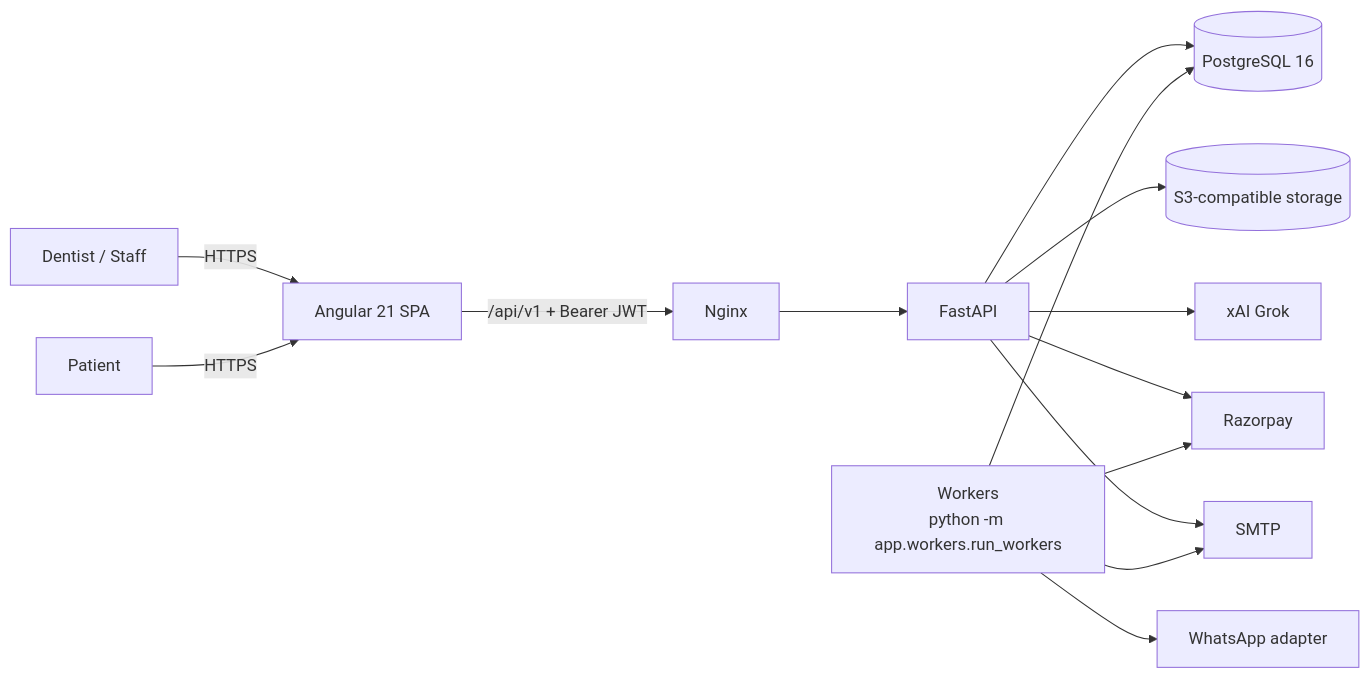
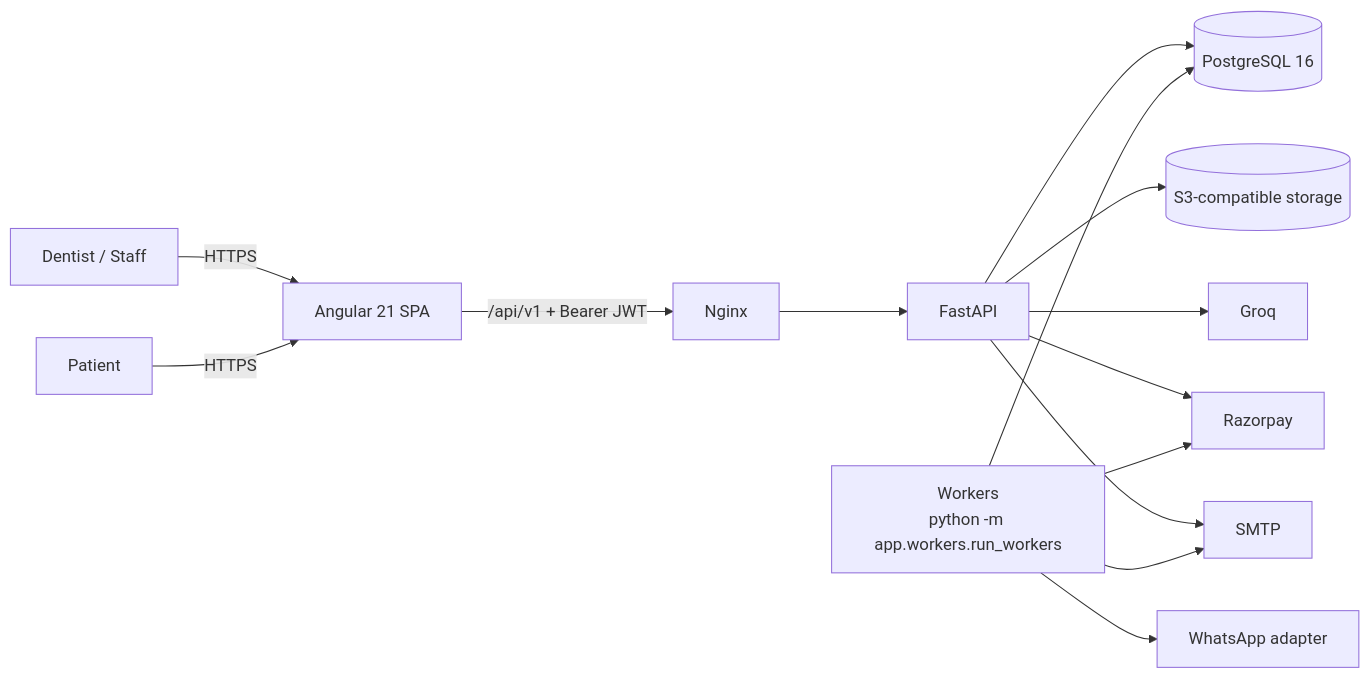
One commit to saman2ny/otheryn-platform changed the first of 6 diagrams in products/healthcare/dental/dentalpilot-ai/docs/notion/TECHNICAL_ARCHITECTURE.md. Above: the diagram before and after it, drawn with Mermaid. The commit also changed other lines of this file and 19 other files, not shown here.

````diff
--- a/products/healthcare/dental/dentalpilot-ai/docs/notion/TECHNICAL_ARCHITECTURE.md
+++ b/products/healthcare/dental/dentalpilot-ai/docs/notion/TECHNICAL_ARCHITECTURE.md
@@ -40,16 +40,16 @@
 ```mermaid
 flowchart LR
     U[Dentist / Staff] -->|HTTPS| FE[Angular 21 SPA]
     P[Patient] -->|HTTPS| FE
     FE -->|/api/v1 + Bearer JWT| NGX[Nginx]
     NGX --> API[FastAPI]
     API --> DB[(PostgreSQL 16)]
     API --> S3[(S3-compatible storage)]
-    API --> AN[xAI Grok]
+    API --> AN[Groq]
     API --> RZP[Razorpay]
     API --> SMTP[SMTP]
     W[Workers\npython -m app.workers.run_workers] --> DB
     W --> SMTP
     W --> WA[WhatsApp adapter]
     W --> RZP
 ```
````
